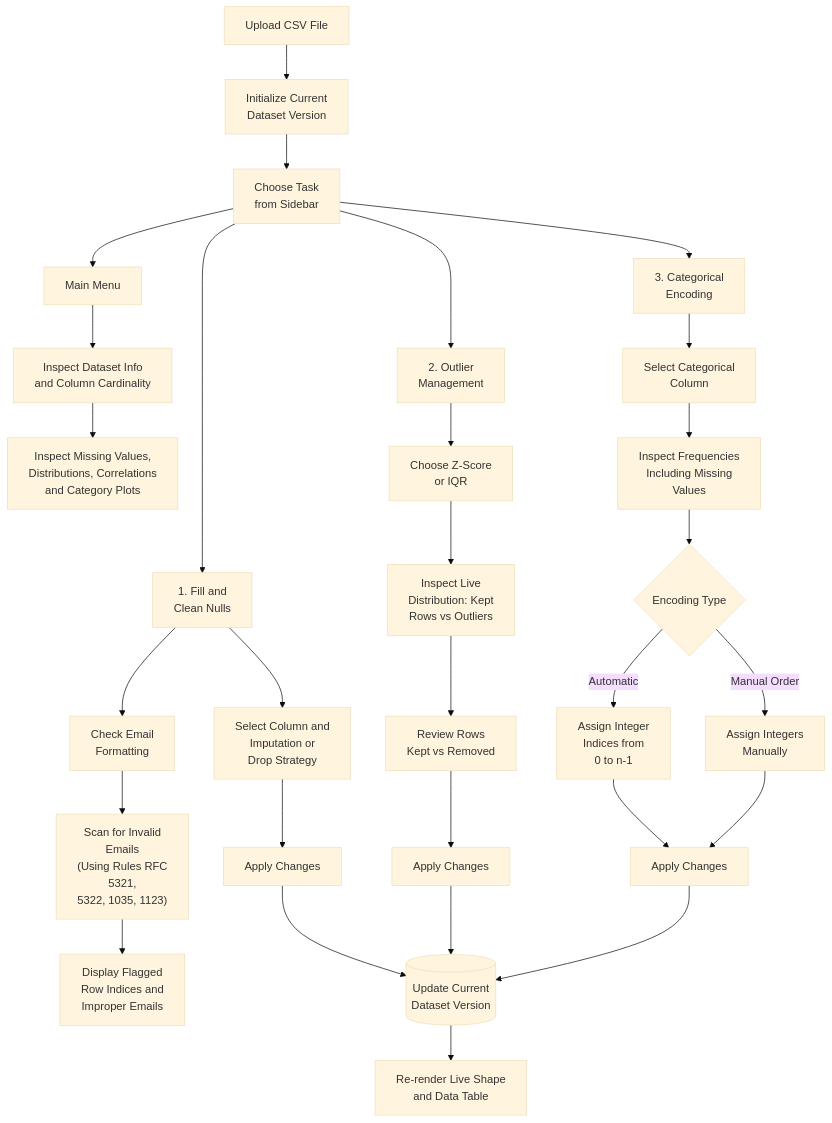
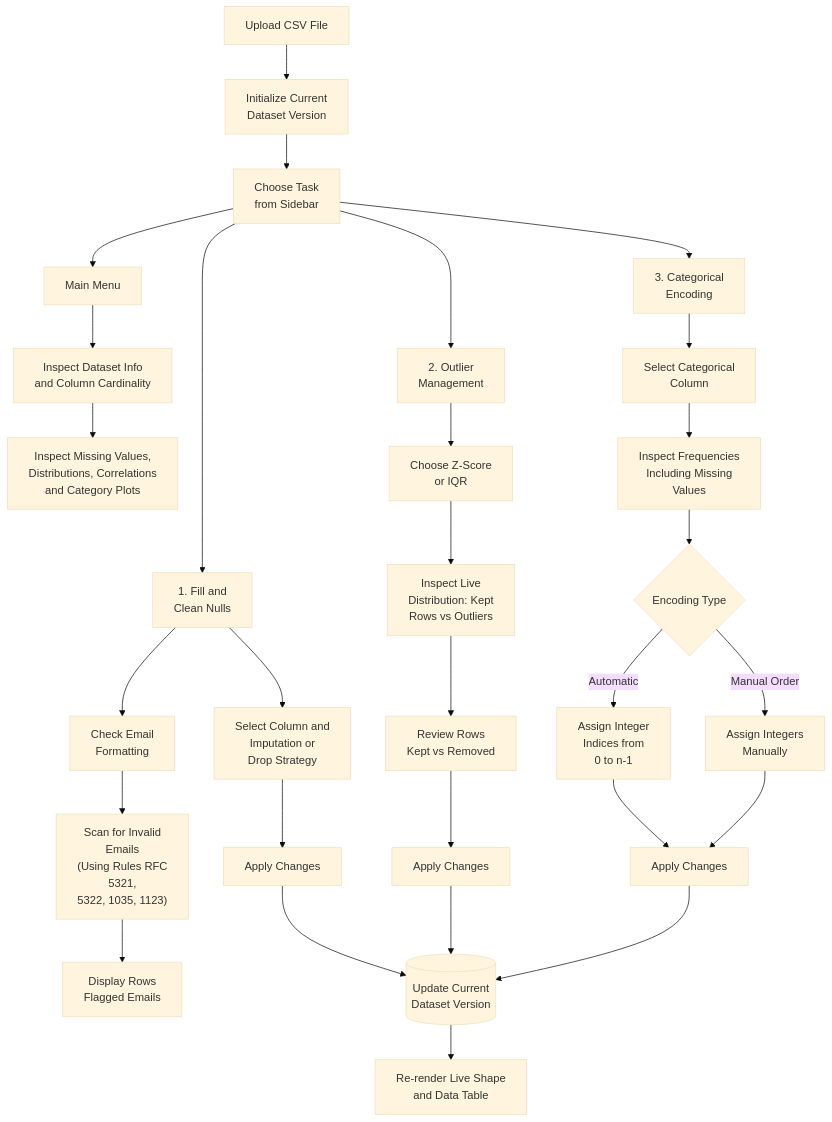
One commit to aniketbhopale/DataLave changed the second of 2 diagrams in README.md. Above: the diagram before and after it, drawn with Mermaid (base theme).

Commit message:
minor flow changes

````diff
--- a/README.md
+++ b/README.md
@@ -71,40 +71,40 @@
 ```mermaid
 
 flowchart TD
     A["Upload CSV File"] --> B["Initialize Current<br/>Dataset Version"]
     B --> C["Choose Task<br/>from Sidebar"]
 
     C --> D["Main Menu"]
     C --> E["1. Fill and<br/>Clean Nulls"]
     C --> F["2. Outlier<br/>Management"]
     C --> G["3. Categorical<br/>Encoding"]
 
     D --> D1["Inspect Dataset Info<br/>and Column Cardinality"]
     D1 --> D2["Inspect Missing Values,<br/>Distributions, Correlations<br/>and Category Plots"]
 
     E --> E1["Select Column and<br/>Imputation or<br/>Drop Strategy"]
     E1 --> E2["Apply Changes"]
 
     E --> E3["Check Email<br/>Formatting"]
     E3 --> E4["Scan for Invalid<br/>Emails<br/>(Using Rules RFC<br/>5321,<br/>5322, 1035, 1123)"]
-    E4 --> E5["Display Flagged<br/>Row Indices and<br/>Improper Emails"]
+    E4 --> E5["Display Rows<br/of<br/>Flagged Emails"]
 
     F --> F1["Choose Z-Score<br/>or IQR"]
     F1 --> F2["Inspect Live<br/>Distribution: Kept<br/>Rows vs Outliers"]
     F2 --> F3["Review Rows<br/>Kept vs Removed"]
     F3 --> F4["Apply Changes"]
 
     G --> G1["Select Categorical<br/>Column"]
     G1 --> G2["Inspect Frequencies<br/>Including Missing<br/>Values"]
     G2 --> G3{"Encoding Type"}
     G3 -->|Automatic| G4["Assign Integer<br/>Indices from<br/>0 to n-1"]
     G3 -->|Manual Order| G5["Assign Integers<br/>Manually"]
     G4 --> G6["Apply Changes"]
     G5 --> G6
 
     E2 --> H[("Update Current<br/>Dataset Version")]
     F4 --> H
     G6 --> H
     H --> I["Re-render Live Shape<br/>and Data Table"]
 
 ```
````
